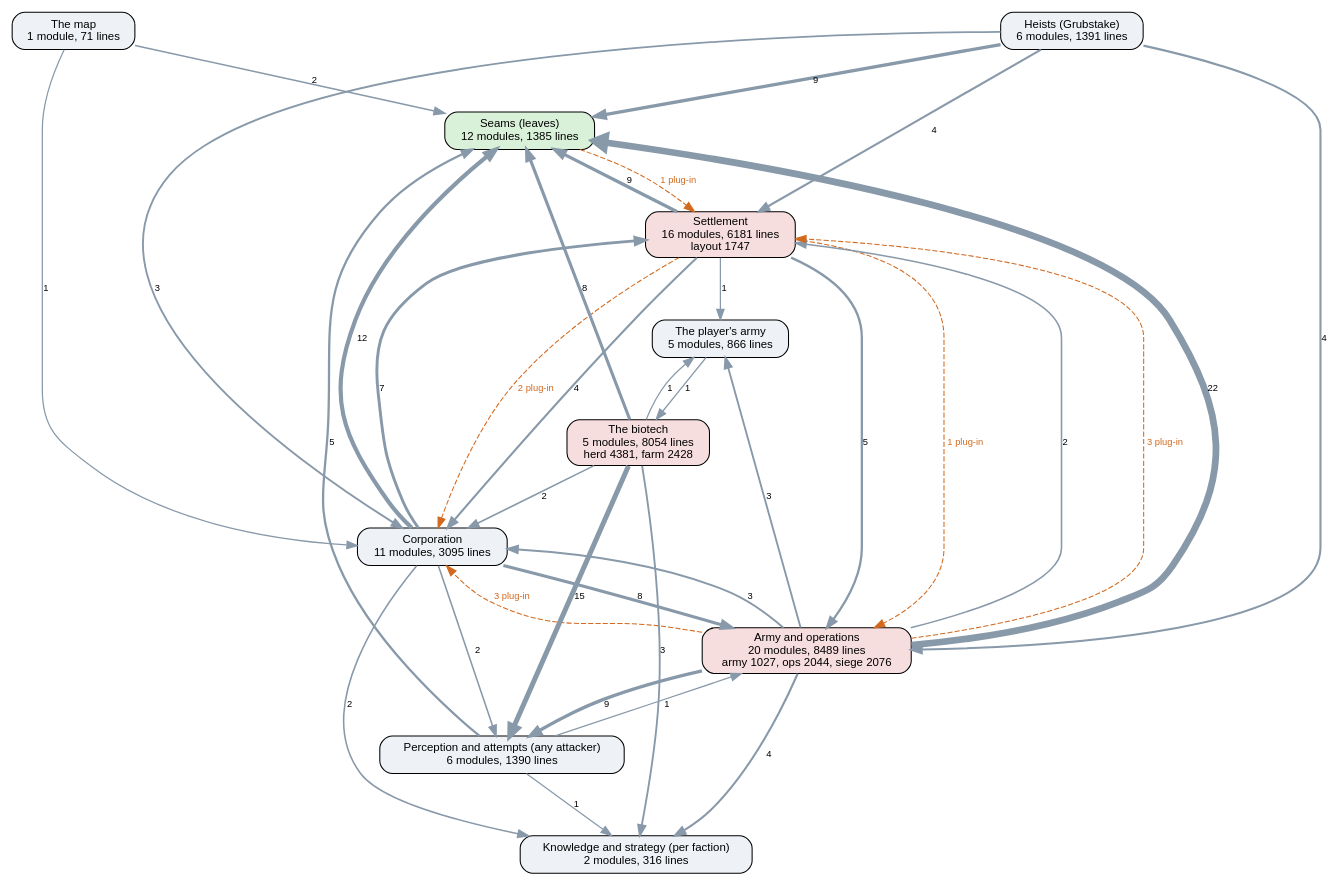
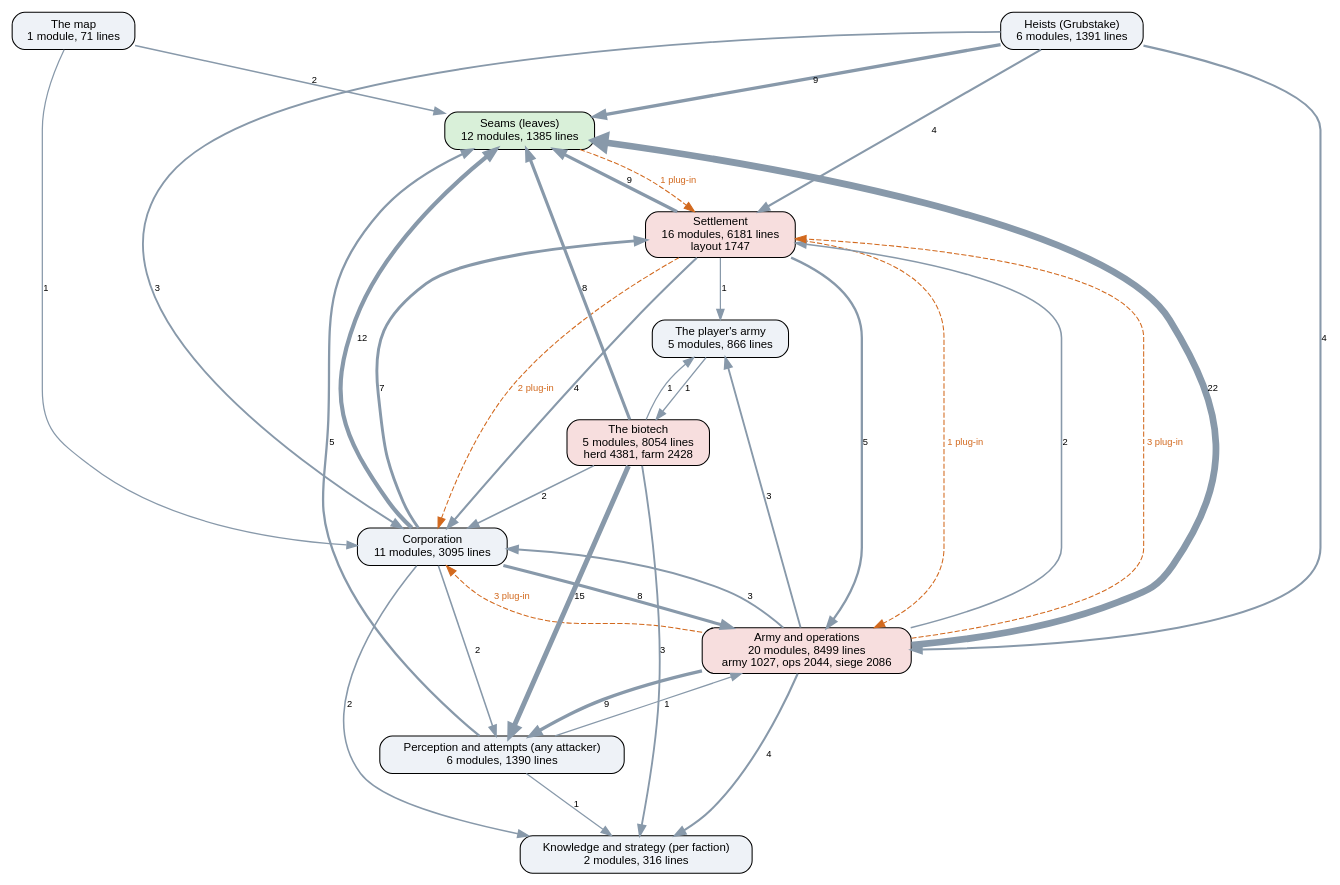
One commit to kinelhu/landing-party changed the diagram in docs/ai-layers.dot. Above: the diagram before and after it, drawn with Graphviz. The commit also changed 9 other files, not shown here.

```diff
--- a/docs/ai-layers.dot
+++ b/docs/ai-layers.dot
@@ -1,50 +1,50 @@
 digraph layers {
   graph [rankdir=TB, fontname="Helvetica", nodesep=0.5, ranksep=0.7];
   node [shape=box, style="rounded,filled", fontname="Helvetica", fontsize=11, fillcolor="#eef2f7"];
   edge [color="#8899aa", fontname="Helvetica", fontsize=9];
   "Seams (leaves)" [label="Seams (leaves)\n12 modules, 1385 lines", fillcolor="#d9f0d9"];
   "Perception and attempts (any attacker)" [label="Perception and attempts (any attacker)\n6 modules, 1390 lines", fillcolor="#eef2f7"];
   "Knowledge and strategy (per faction)" [label="Knowledge and strategy (per faction)\n2 modules, 316 lines", fillcolor="#eef2f7"];
   "Corporation" [label="Corporation\n11 modules, 3095 lines", fillcolor="#eef2f7"];
   "Settlement" [label="Settlement\n16 modules, 6181 lines\nlayout 1747", fillcolor="#f7dede"];
-  "Army and operations" [label="Army and operations\n20 modules, 8489 lines\narmy 1027, ops 2044, siege 2076", fillcolor="#f7dede"];
+  "Army and operations" [label="Army and operations\n20 modules, 8499 lines\narmy 1027, ops 2044, siege 2086", fillcolor="#f7dede"];
   "Heists (Grubstake)" [label="Heists (Grubstake)\n6 modules, 1391 lines", fillcolor="#eef2f7"];
   "The biotech" [label="The biotech\n5 modules, 8054 lines\nherd 4381, farm 2428", fillcolor="#f7dede"];
   "The map" [label="The map\n1 module, 71 lines", fillcolor="#eef2f7"];
   "The player's army" [label="The player's army\n5 modules, 866 lines", fillcolor="#eef2f7"];
   "Army and operations" -> "Corporation" [label="3", penwidth=1.8];
   "Army and operations" -> "Knowledge and strategy (per faction)" [label="4", penwidth=2.0];
   "Army and operations" -> "Perception and attempts (any attacker)" [label="9", penwidth=3.2];
   "Army and operations" -> "Seams (leaves)" [label="22", penwidth=6.5];
   "Army and operations" -> "Settlement" [label="2", penwidth=1.5];
   "Army and operations" -> "The player's army" [label="3", penwidth=1.8];
   "Corporation" -> "Army and operations" [label="8", penwidth=3.0];
   "Corporation" -> "Knowledge and strategy (per faction)" [label="2", penwidth=1.5];
   "Corporation" -> "Perception and attempts (any attacker)" [label="2", penwidth=1.5];
   "Corporation" -> "Seams (leaves)" [label="12", penwidth=4.0];
   "Corporation" -> "Settlement" [label="7", penwidth=2.8];
   "Heists (Grubstake)" -> "Army and operations" [label="4", penwidth=2.0];
   "Heists (Grubstake)" -> "Corporation" [label="3", penwidth=1.8];
   "Heists (Grubstake)" -> "Seams (leaves)" [label="9", penwidth=3.2];
   "Heists (Grubstake)" -> "Settlement" [label="4", penwidth=2.0];
   "Perception and attempts (any attacker)" -> "Army and operations" [label="1", penwidth=1.2];
   "Perception and attempts (any attacker)" -> "Knowledge and strategy (per faction)" [label="1", penwidth=1.2];
   "Perception and attempts (any attacker)" -> "Seams (leaves)" [label="5", penwidth=2.2];
   "Settlement" -> "Army and operations" [label="5", penwidth=2.2];
   "Settlement" -> "Corporation" [label="4", penwidth=2.0];
   "Settlement" -> "Seams (leaves)" [label="9", penwidth=3.2];
   "Settlement" -> "The player's army" [label="1", penwidth=1.2];
   "The biotech" -> "Corporation" [label="2", penwidth=1.5];
   "The biotech" -> "Knowledge and strategy (per faction)" [label="3", penwidth=1.8];
   "The biotech" -> "Perception and attempts (any attacker)" [label="15", penwidth=4.8];
   "The biotech" -> "Seams (leaves)" [label="8", penwidth=3.0];
   "The biotech" -> "The player's army" [label="1", penwidth=1.2];
   "The map" -> "Corporation" [label="1", penwidth=1.2];
   "The map" -> "Seams (leaves)" [label="2", penwidth=1.5];
   "The player's army" -> "The biotech" [label="1", penwidth=1.2];
   "Army and operations" -> "Corporation" [style=dashed, color="#d2691e", fontcolor="#d2691e", label="3 plug-in"];
   "Army and operations" -> "Settlement" [style=dashed, color="#d2691e", fontcolor="#d2691e", label="3 plug-in"];
   "Seams (leaves)" -> "Settlement" [style=dashed, color="#d2691e", fontcolor="#d2691e", label="1 plug-in"];
   "Settlement" -> "Army and operations" [style=dashed, color="#d2691e", fontcolor="#d2691e", label="1 plug-in"];
   "Settlement" -> "Corporation" [style=dashed, color="#d2691e", fontcolor="#d2691e", label="2 plug-in"];
 }
```
